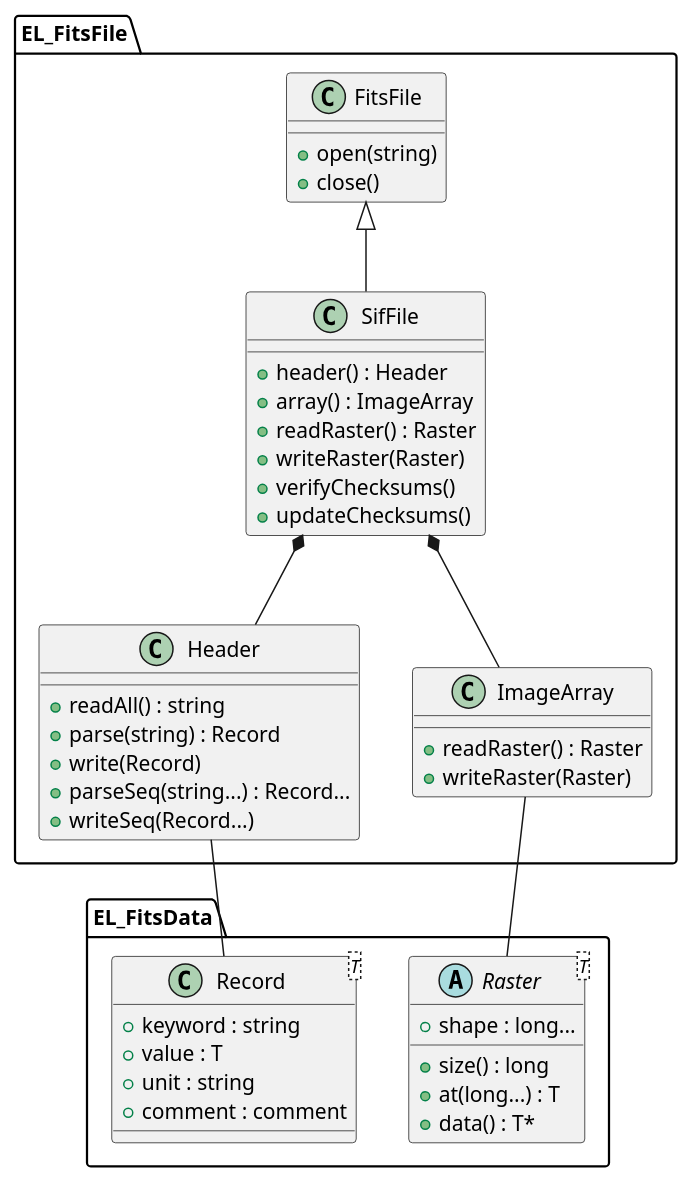
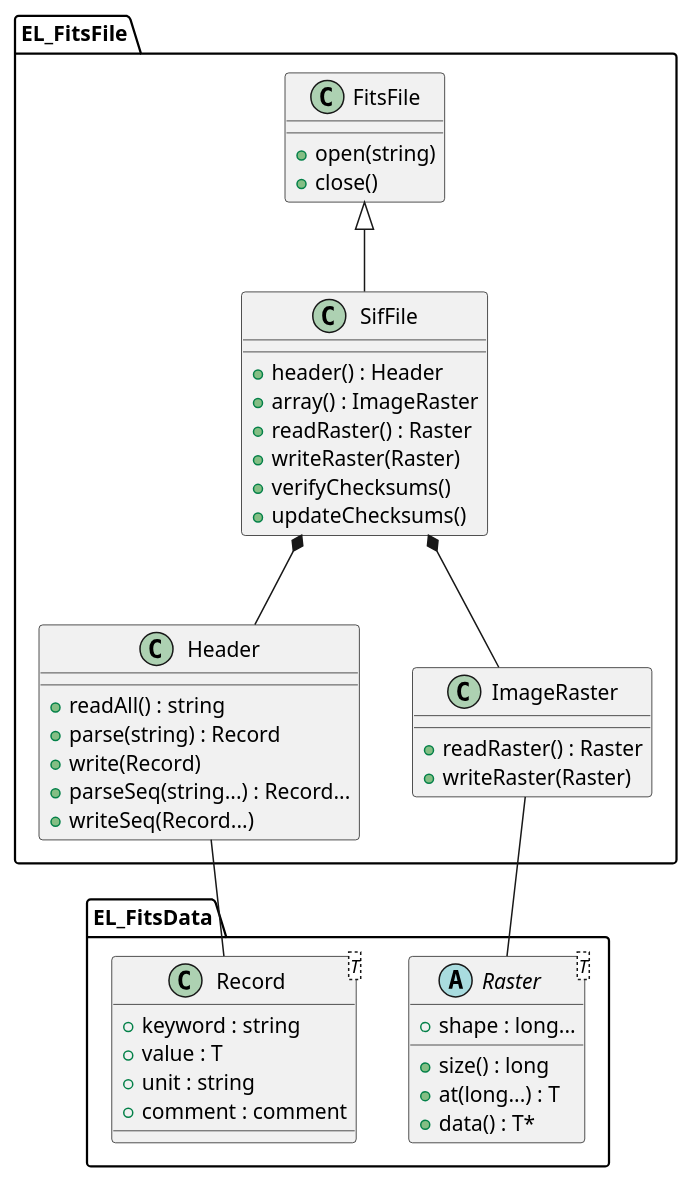
One commit to CNES/EleFits changed the diagram in doc/diagrams/src/SifFile.puml. Above: the diagram before and after it, drawn with PlantUML. The commit also changed 27 other files, not shown here.

Commit message:
WIP: Move image HDU data handling to ImageRaster

```diff
--- a/doc/diagrams/src/SifFile.puml
+++ b/doc/diagrams/src/SifFile.puml
@@ -1,58 +1,58 @@
 @startuml
 package EL_FitsData {
 
 class Record<T> {
 + keyword : string
 + value : T
 + unit : string
 + comment : comment
 }
 
 abstract class Raster<T> {
 + shape : long...
 + size() : long
 + at(long...) : T
 + data() : T*
 }
 
 }
 
 package EL_FitsFile {
 
 class FitsFile {
 + open(string)
 + close()
 }
 
 class SifFile {
 + header() : Header
-+ array() : ImageArray
++ array() : ImageRaster
 + readRaster() : Raster
 + writeRaster(Raster)
 + verifyChecksums()
 + updateChecksums()
 }
 
 class Header {
 + readAll() : string
 + parse(string) : Record
 + write(Record)
 + parseSeq(string...) : Record...
 + writeSeq(Record...)
 }
 
-class ImageArray {
+class ImageRaster {
 + readRaster() : Raster
 + writeRaster(Raster)
 }
 
 }
 
 FitsFile <|-- SifFile
 SifFile *-- Header
-SifFile *-- ImageArray
+SifFile *-- ImageRaster
 Header -- Record
-ImageArray -- Raster
+ImageRaster -- Raster
 
 Record -[hidden]right- Raster
 @enduml
```
